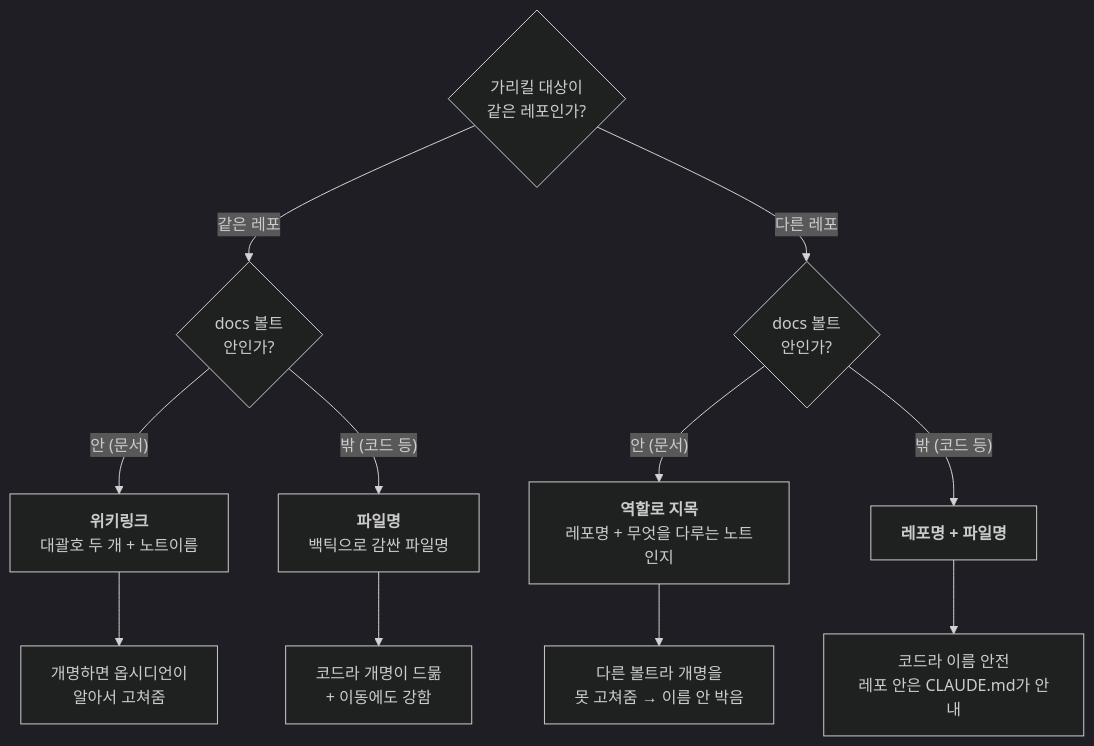
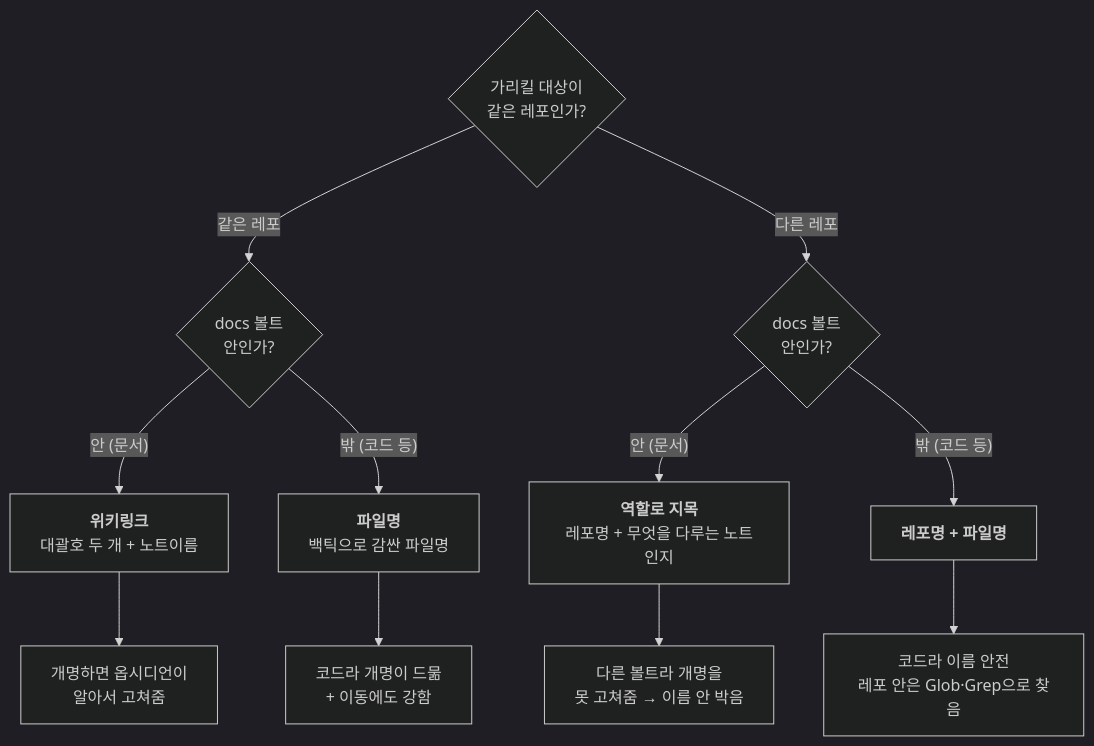
The first of 5 diagrams in 문서-링크-규칙.md (yohan9230/obsidian-setup), drawn with Mermaid before and after one commit. The commit also changed other lines of this file, not shown here.

````diff
--- a/문서-링크-규칙.md
+++ b/문서-링크-규칙.md
@@ -12,17 +12,17 @@
 ```mermaid
 %%{init: {'theme':'dark'}}%%
 flowchart TD
     Q1{"가리킬 대상이<br/>같은 레포인가?"}
     Q1 -->|같은 레포| Q2{"docs 볼트<br/>안인가?"}
     Q1 -->|다른 레포| Q3{"docs 볼트<br/>안인가?"}
 
     Q2 -->|"안 (문서)"| A["<b>위키링크</b><br/>대괄호 두 개 + 노트이름"]
     Q2 -->|"밖 (코드 등)"| B["<b>파일명</b><br/>백틱으로 감싼 파일명"]
     Q3 -->|"안 (문서)"| C["<b>역할로 지목</b><br/>레포명 + 무엇을 다루는 노트인지"]
     Q3 -->|"밖 (코드 등)"| D["<b>레포명 + 파일명</b>"]
 
     A --> A1["개명하면 옵시디언이<br/>알아서 고쳐줌"]
     B --> B1["코드라 개명이 드묾<br/>+ 이동에도 강함"]
     C --> C1["다른 볼트라 개명을<br/>못 고쳐줌 → 이름 안 박음"]
-    D --> D1["코드라 이름 안전<br/>레포 안은 CLAUDE.md가 안내"]
+    D --> D1["코드라 이름 안전<br/>레포 안은 Glob·Grep으로 찾음"]
 ```
````
